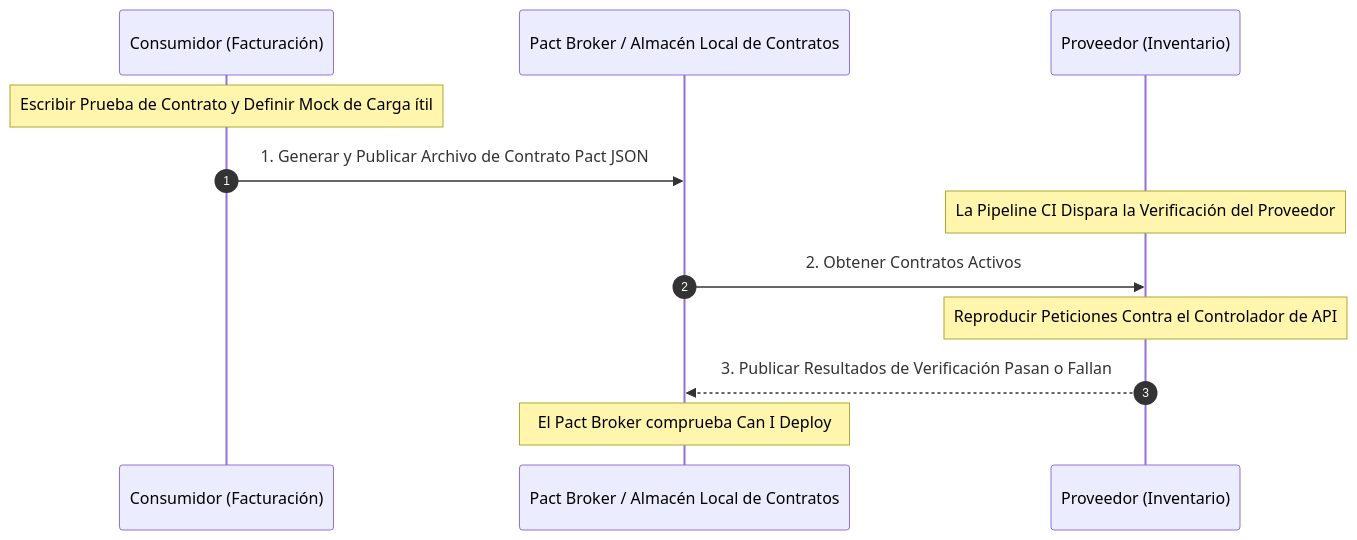
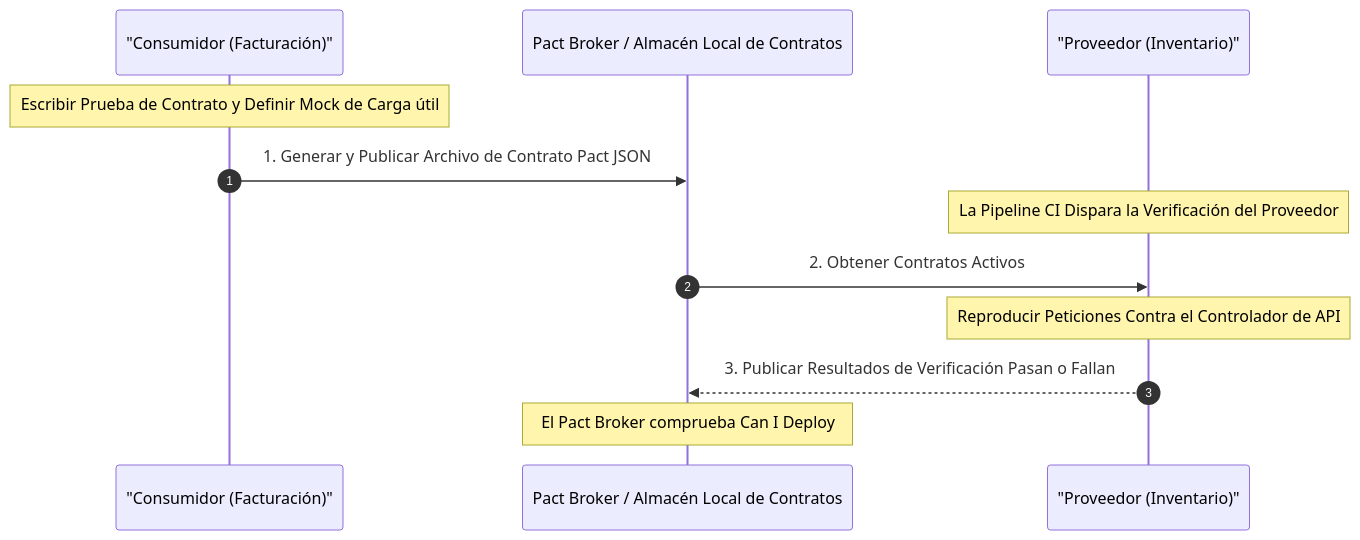
Before and after one commit to beyondnetcode/arc32_nodejs_progresive_monolith: the diagram in reference/governance/standards-es/engineering/contract-testing-guideline.md, drawn with Mermaid. The commit also changed other lines of this file and 47 other files, not shown here.

Commit message:
docs: enforce markdown and diagram standards

````diff
--- a/reference/governance/standards-es/engineering/contract-testing-guideline.md
+++ b/reference/governance/standards-es/engineering/contract-testing-guideline.md
@@ -19,15 +19,15 @@
 ```mermaid
 sequenceDiagram
  autonumber
- participant Cons as Consumidor (Facturación)
+ participant Cons as "Consumidor (Facturación)"
  participant Pact as Pact Broker / Almacén Local de Contratos
- participant Prov as Proveedor (Inventario)
+ participant Prov as "Proveedor (Inventario)"
 
- Note over Cons: Escribir Prueba de Contrato y Definir Mock de Carga ítil
+ Note over Cons: Escribir Prueba de Contrato y Definir Mock de Carga útil
  Cons->>Pact: 1. Generar y Publicar Archivo de Contrato Pact JSON
  Note over Prov: La Pipeline CI Dispara la Verificación del Proveedor
  Pact->>Prov: 2. Obtener Contratos Activos
  Note over Prov: Reproducir Peticiones Contra el Controlador de API
  Prov-->>Pact: 3. Publicar Resultados de Verificación Pasan o Fallan
  Note over Pact: El Pact Broker comprueba Can I Deploy
 ```
````
